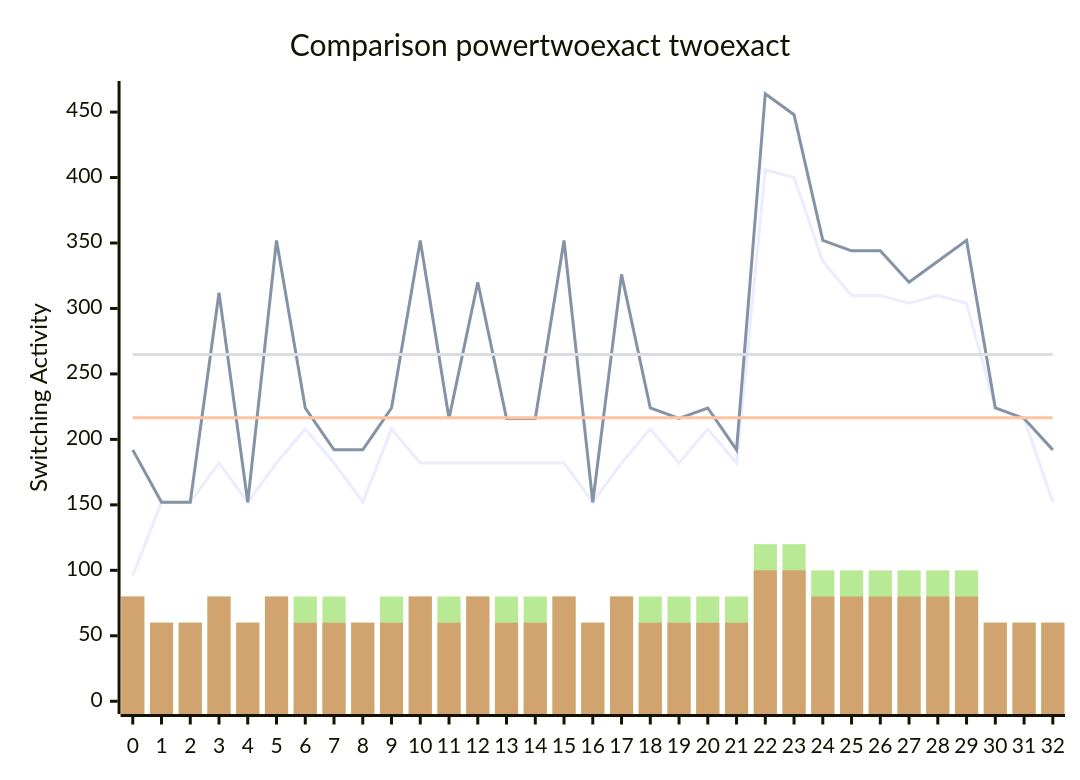
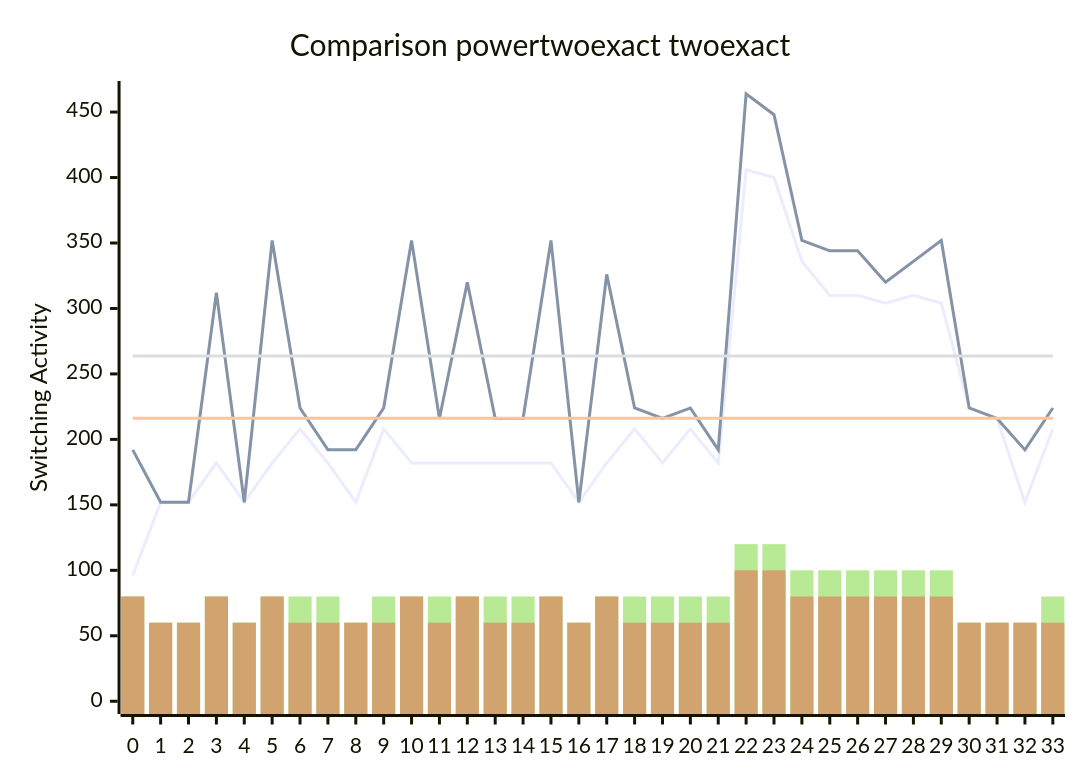
Before and after one commit to FeldmeierMichael/Exact-Power-Synthesis: the diagram in benchmark.md, drawn with Mermaid. The commit also changed other lines of this file and 2 other files, not shown here.

````diff
--- a/benchmark.md
+++ b/benchmark.md
@@ -67,12 +69,12 @@
 ```mermaid
 xychart-beta
     title "Comparison powertwoexact twoexact"
-    x-axis [0, 1, 2, 3, 4, 5, 6, 7, 8, 9, 10, 11, 12, 13, 14, 15, 16, 17, 18, 19, 20, 21, 22, 23, 24, 25, 26, 27, 28, 29, 30, 31, 32]
+    x-axis [0, 1, 2, 3, 4, 5, 6, 7, 8, 9, 10, 11, 12, 13, 14, 15, 16, 17, 18, 19, 20, 21, 22, 23, 24, 25, 26, 27, 28, 29, 30, 31, 32, 33]
     y-axis "Switching Activity" 0-->464
-    line [96, 152, 152, 182, 152, 182, 208, 182, 152, 208, 182, 182, 182, 182, 182, 182, 152, 182, 208, 182, 208, 182, 406, 400, 336, 310, 310, 304, 310, 304, 224, 216, 152]
-    line [192, 152, 152, 312, 152, 352, 224, 192, 192, 224, 352, 216, 320, 216, 216, 352, 152, 326, 224, 216, 224, 192, 464, 448, 352, 344, 344, 320, 336, 352, 224, 216, 192]
-    line [216.4848484848485, 216.4848484848485, 216.4848484848485, 216.4848484848485, 216.4848484848485, 216.4848484848485, 216.4848484848485, 216.4848484848485, 216.4848484848485, 216.4848484848485, 216.4848484848485, 216.4848484848485, 216.4848484848485, 216.4848484848485, 216.4848484848485, 216.4848484848485, 216.4848484848485, 216.4848484848485, 216.4848484848485, 216.4848484848485, 216.4848484848485, 216.4848484848485, 216.4848484848485, 216.4848484848485, 216.4848484848485, 216.4848484848485, 216.4848484848485, 216.4848484848485, 216.4848484848485, 216.4848484848485, 216.4848484848485, 216.4848484848485, 216.4848484848485]
-    line [264.90909090909093, 264.90909090909093, 264.90909090909093, 264.90909090909093, 264.90909090909093, 264.90909090909093, 264.90909090909093, 264.90909090909093, 264.90909090909093, 264.90909090909093, 264.90909090909093, 264.90909090909093, 264.90909090909093, 264.90909090909093, 264.90909090909093, 264.90909090909093, 264.90909090909093, 264.90909090909093, 264.90909090909093, 264.90909090909093, 264.90909090909093, 264.90909090909093, 264.90909090909093, 264.90909090909093, 264.90909090909093, 264.90909090909093, 264.90909090909093, 264.90909090909093, 264.90909090909093, 264.90909090909093, 264.90909090909093, 264.90909090909093, 264.90909090909093]
-    bar [80, 60, 60, 80, 60, 80, 80, 80, 60, 80, 80, 80, 80, 80, 80, 80, 60, 80, 80, 80, 80, 80, 120, 120, 100, 100, 100, 100, 100, 100, 60, 60, 60]
-    bar [80, 60, 60, 80, 60, 80, 60, 60, 60, 60, 80, 60, 80, 60, 60, 80, 60, 80, 60, 60, 60, 60, 100, 100, 80, 80, 80, 80, 80, 80, 60, 60, 60]
+    line [96, 152, 152, 182, 152, 182, 208, 182, 152, 208, 182, 182, 182, 182, 182, 182, 152, 182, 208, 182, 208, 182, 406, 400, 336, 310, 310, 304, 310, 304, 224, 216, 152, 208]
+    line [192, 152, 152, 312, 152, 352, 224, 192, 192, 224, 352, 216, 320, 216, 216, 352, 152, 326, 224, 216, 224, 192, 464, 448, 352, 344, 344, 320, 336, 352, 224, 216, 192, 224]
+    line [216.23529411764707, 216.23529411764707, 216.23529411764707, 216.23529411764707, 216.23529411764707, 216.23529411764707, 216.23529411764707, 216.23529411764707, 216.23529411764707, 216.23529411764707, 216.23529411764707, 216.23529411764707, 216.23529411764707, 216.23529411764707, 216.23529411764707, 216.23529411764707, 216.23529411764707, 216.23529411764707, 216.23529411764707, 216.23529411764707, 216.23529411764707, 216.23529411764707, 216.23529411764707, 216.23529411764707, 216.23529411764707, 216.23529411764707, 216.23529411764707, 216.23529411764707, 216.23529411764707, 216.23529411764707, 216.23529411764707, 216.23529411764707, 216.23529411764707, 216.23529411764707]
+    line [263.70588235294116, 263.70588235294116, 263.70588235294116, 263.70588235294116, 263.70588235294116, 263.70588235294116, 263.70588235294116, 263.70588235294116, 263.70588235294116, 263.70588235294116, 263.70588235294116, 263.70588235294116, 263.70588235294116, 263.70588235294116, 263.70588235294116, 263.70588235294116, 263.70588235294116, 263.70588235294116, 263.70588235294116, 263.70588235294116, 263.70588235294116, 263.70588235294116, 263.70588235294116, 263.70588235294116, 263.70588235294116, 263.70588235294116, 263.70588235294116, 263.70588235294116, 263.70588235294116, 263.70588235294116, 263.70588235294116, 263.70588235294116, 263.70588235294116, 263.70588235294116]
+    bar [80, 60, 60, 80, 60, 80, 80, 80, 60, 80, 80, 80, 80, 80, 80, 80, 60, 80, 80, 80, 80, 80, 120, 120, 100, 100, 100, 100, 100, 100, 60, 60, 60, 80]
+    bar [80, 60, 60, 80, 60, 80, 60, 60, 60, 60, 80, 60, 80, 60, 60, 80, 60, 80, 60, 60, 60, 60, 100, 100, 80, 80, 80, 80, 80, 80, 60, 60, 60, 60]
 ```
````
